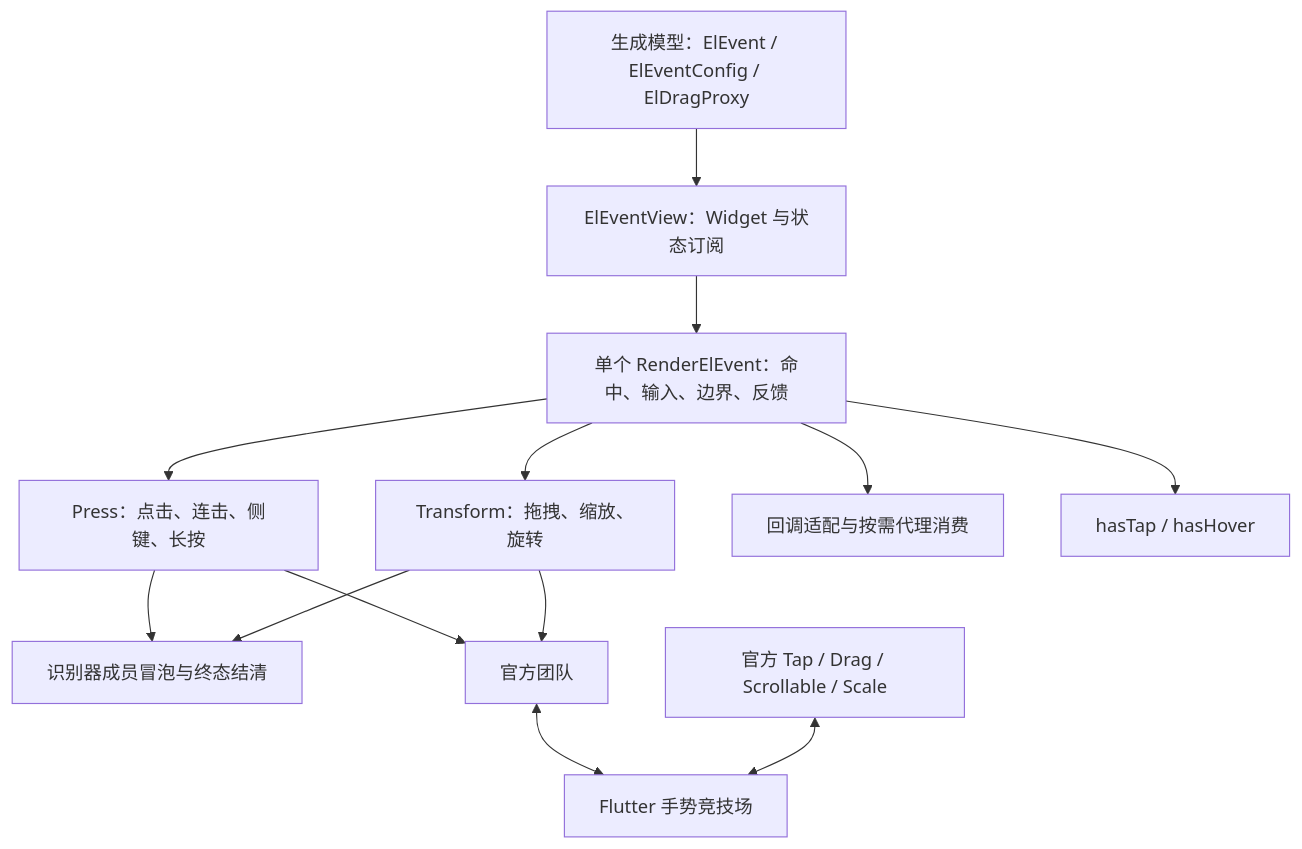
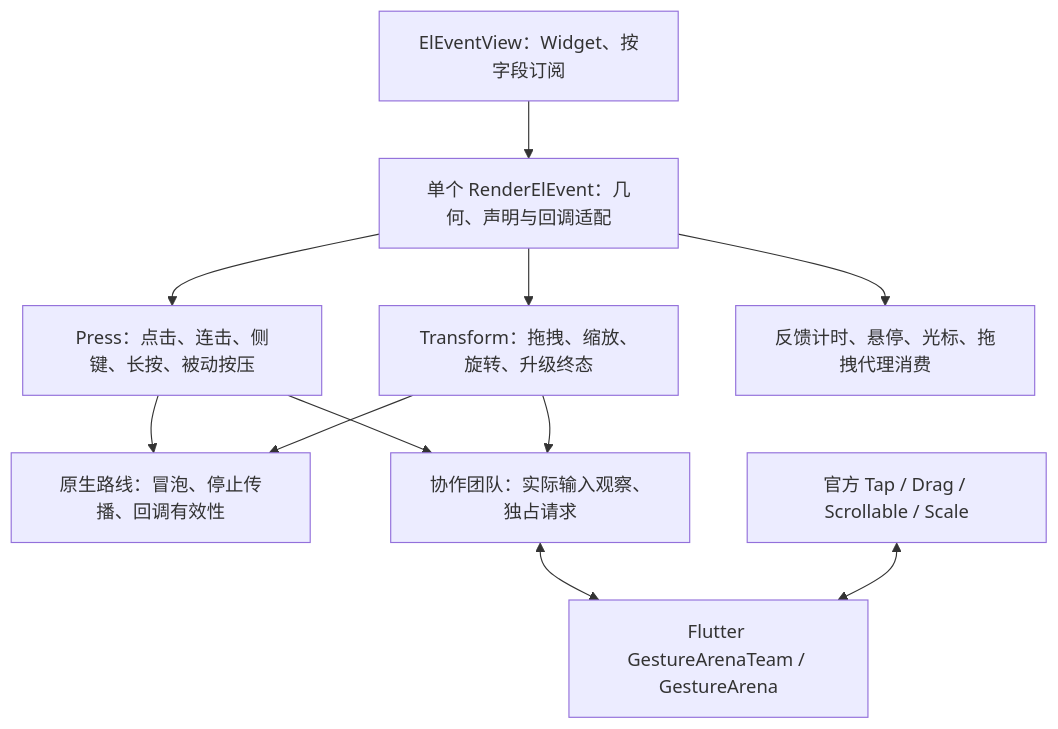
Before and after one commit to luoyi58624/flutter_base: the diagram in .claude/plan/eleventview-recognizer-refactor.md, drawn with Mermaid. The commit also changed other lines of this file and 13 other files, not shown here.

````diff
--- a/.claude/plan/eleventview-recognizer-refactor.md
+++ b/.claude/plan/eleventview-recognizer-refactor.md
@@ -17,15 +16,13 @@
 ```mermaid
 flowchart TB
-  MODEL["生成模型：ElEvent / ElEventConfig / ElDragProxy"] --> VIEW["ElEventView：Widget 与状态订阅"]
-  VIEW --> RENDER["单个 RenderElEvent：命中、输入、边界、反馈"]
-  RENDER --> PRESS["Press：点击、连击、侧键、长按"]
-  RENDER --> TRANSFORM["Transform：拖拽、缩放、旋转"]
-  PRESS --> BUBBLE["识别器成员冒泡与终态结清"]
-  TRANSFORM --> BUBBLE
-  PRESS --> TEAM["官方团队"]
+  VIEW["ElEventView：Widget、按字段订阅"] --> RENDER["单个 RenderElEvent：几何、声明与回调适配"]
+  RENDER --> PRESS["Press：点击、连击、侧键、长按、被动按压"]
+  RENDER --> TRANSFORM["Transform：拖拽、缩放、旋转、升级终态"]
+  RENDER --> FEEDBACK["反馈计时、悬停、光标、拖拽代理消费"]
+  PRESS --> ROUTE["原生路线：冒泡、停止传播、回调有效性"]
+  TRANSFORM --> ROUTE
+  PRESS --> TEAM["协作团队：实际输入观察、独占请求"]
   TRANSFORM --> TEAM
-  TEAM <--> ARENA["Flutter 手势竞技场"]
+  TEAM <--> ARENA["Flutter GestureArenaTeam / GestureArena"]
   OFFICIAL["官方 Tap / Drag / Scrollable / Scale"] <--> ARENA
-  RENDER --> PROXY["回调适配与按需代理消费"]
-  RENDER --> STATE["hasTap / hasHover"]
 ```
````
